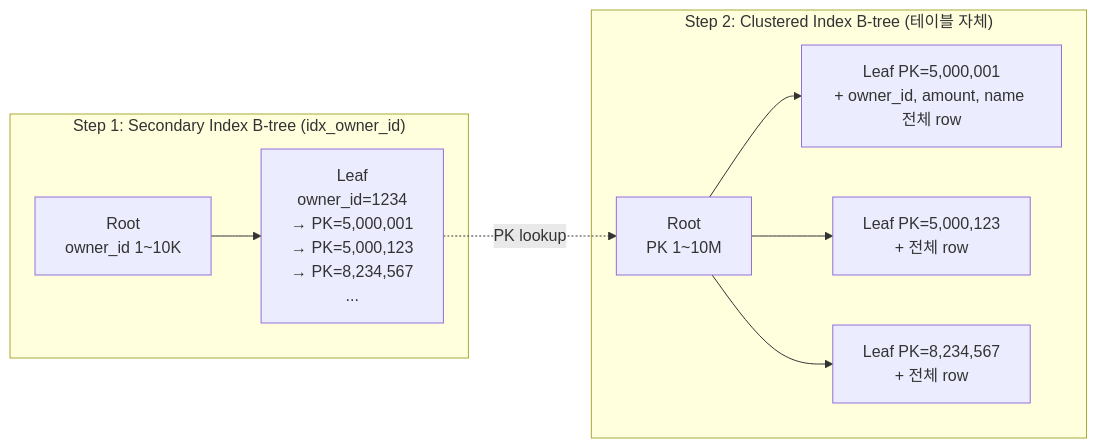
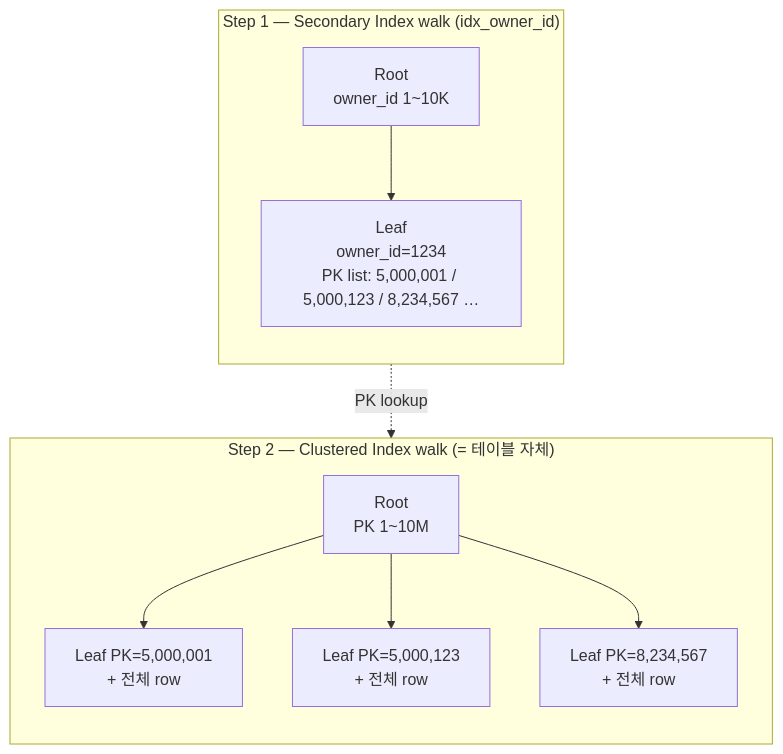
The second of 7 diagrams in src/data/blog/ko/rdb-mastery-01-innodb-index-internals.md (PreAgile/astro-paper), drawn with Mermaid before and after one commit. The commit also changed other lines of this file and 10 other files, not shown here.

First line of the commit message:
docs(blog): 외부 독자 친화 — 내부 명세 자연어화 + 다이어그램/BIGINT 설명 보강 (11 files)

````diff
--- a/src/data/blog/ko/rdb-mastery-01-innodb-index-internals.md
+++ b/src/data/blog/ko/rdb-mastery-01-innodb-index-internals.md
@@ -176,20 +188,20 @@
 ```mermaid
-graph LR
-    subgraph "Step 1: Secondary Index B-tree (idx_owner_id)"
+graph TB
+    subgraph step1 ["Step 1 — Secondary Index walk (idx_owner_id)"]
+        direction TB
         S_Root["Root<br/>owner_id 1~10K"]
-        S_L1["Leaf<br/>owner_id=1234<br/>→ PK=5,000,001<br/>→ PK=5,000,123<br/>→ PK=8,234,567<br/>..."]
+        S_L1["Leaf<br/>owner_id=1234<br/>PK list: 5,000,001 / 5,000,123 / 8,234,567 …"]
         S_Root --> S_L1
     end
-
-    subgraph "Step 2: Clustered Index B-tree (테이블 자체)"
+    subgraph step2 ["Step 2 — Clustered Index walk (= 테이블 자체)"]
+        direction TB
         C_Root["Root<br/>PK 1~10M"]
-        C_L1["Leaf PK=5,000,001<br/>+ owner_id, amount, name 전체 row"]
+        C_L1["Leaf PK=5,000,001<br/>+ 전체 row"]
         C_L2["Leaf PK=5,000,123<br/>+ 전체 row"]
         C_L3["Leaf PK=8,234,567<br/>+ 전체 row"]
         C_Root --> C_L1
         C_Root --> C_L2
         C_Root --> C_L3
     end
-
-    S_L1 -.PK lookup.-> C_Root
+    S_L1 -.->|PK lookup| C_Root
 ```
````
